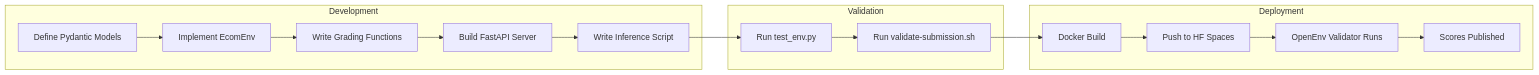
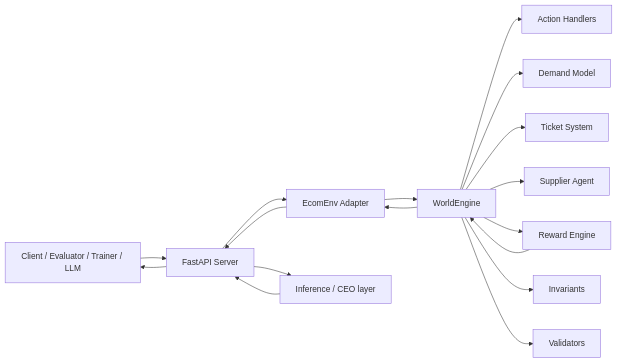
The first of 2 diagrams in PROJECT_REPORT.md (Rehan-2024/Swiftlogic-Ecom-Agent), drawn with Mermaid before and after one commit. The commit also changed other lines of this file and 36 other files, not shown here.

````diff
--- a/PROJECT_REPORT.md
+++ b/PROJECT_REPORT.md
@@ -556,21 +176,19 @@
 ```mermaid
 flowchart LR
-    subgraph Development
-        A[Define Pydantic Models] --> B[Implement EcomEnv]
-        B --> C[Write Grading Functions]
-        C --> D[Build FastAPI Server]
-        D --> E[Write Inference Script]
-    end
-
-    subgraph Validation
-        E --> F[Run test_env.py]
-        F --> G[Run validate-submission.sh]
-    end
-
-    subgraph Deployment
-        G --> H[Docker Build]
-        H --> I[Push to HF Spaces]
-        I --> J[OpenEnv Validator Runs]
-        J --> K[Scores Published]
-    end
+    A[Client / Evaluator / Trainer / LLM] --> B[FastAPI Server]
+    B --> C[EcomEnv Adapter]
+    C --> D[WorldEngine]
+    D --> E[Action Handlers]
+    D --> F[Demand Model]
+    D --> G[Ticket System]
+    D --> H[Supplier Agent]
+    D --> I[Reward Engine]
+    D --> J[Invariants]
+    D --> K[Validators]
+    I --> D
+    D --> C
+    C --> B
+    B --> A
+    B --> L[Inference / CEO layer]
+    L --> B
 ```
````
